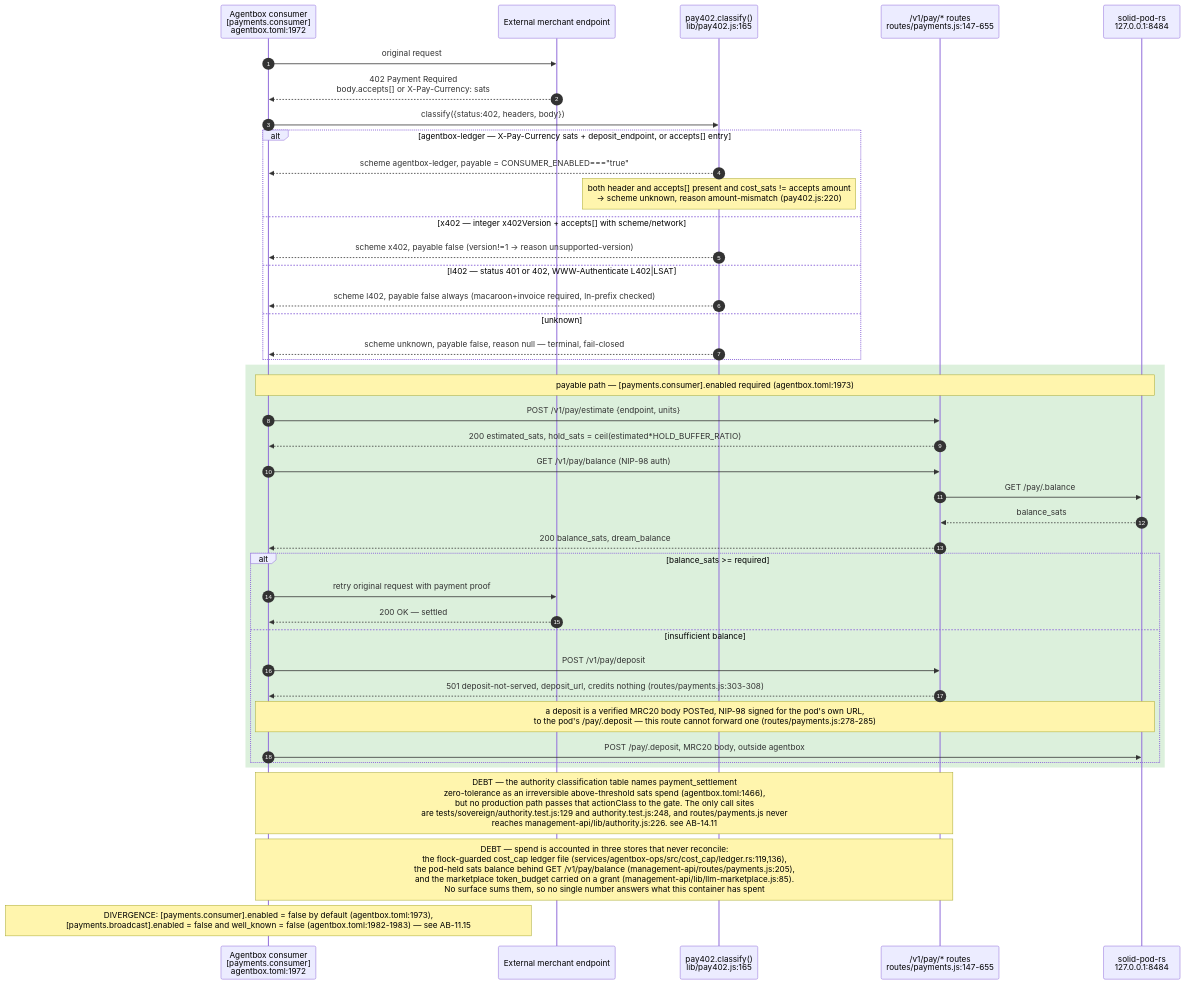
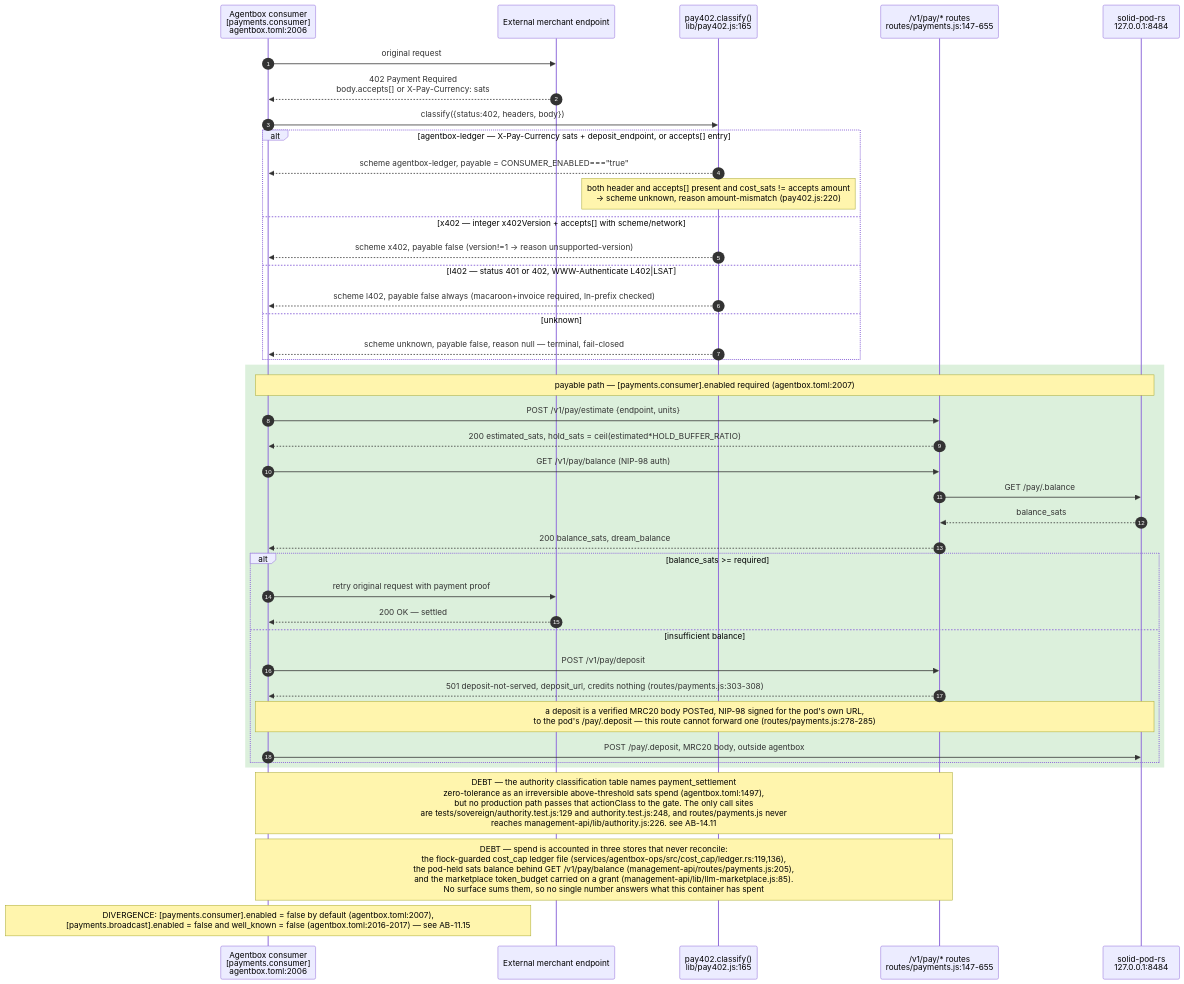
Before and after one commit to DreamLab-AI/VisionFlow: the sixth of 15 diagrams in docs/diagrams/agentbox/15-capability-gating-spend-consultants.md, drawn with Mermaid. The commit also changed other lines of this file and 7 other files, not shown here.

First line of the commit message:
diagrams(agentbox): re-verify AB-09..AB-16 at agentbox 59b1aca, re-stamp

````diff
--- a/docs/diagrams/agentbox/15-capability-gating-spend-consultants.md
+++ b/docs/diagrams/agentbox/15-capability-gating-spend-consultants.md
@@ -292,45 +292,45 @@
 ```mermaid
 sequenceDiagram
     autonumber
-    participant Agent as Agentbox consumer<br/>[payments.consumer]<br/>agentbox.toml:1972
+    participant Agent as Agentbox consumer<br/>[payments.consumer]<br/>agentbox.toml:2006
     participant Merchant as External merchant endpoint
     participant Classify as pay402.classify()<br/>lib/pay402.js:165
     participant Pay as /v1/pay/* routes<br/>routes/payments.js:147-655
     participant Pod as solid-pod-rs<br/>127.0.0.1:8484
 
     Agent->>Merchant: original request
     Merchant-->>Agent: 402 Payment Required<br/>body.accepts[] or X-Pay-Currency: sats
     Agent->>Classify: classify({status:402, headers, body})
     alt agentbox-ledger — X-Pay-Currency sats + deposit_endpoint, or accepts[] entry
         Classify-->>Agent: scheme agentbox-ledger, payable = CONSUMER_ENABLED==="true"
         Note over Classify: both header and accepts[] present and cost_sats != accepts amount<br/>-> scheme unknown, reason amount-mismatch (pay402.js:220)
     else x402 — integer x402Version + accepts[] with scheme/network
         Classify-->>Agent: scheme x402, payable false #40;version!=1 -> reason unsupported-version#41;
     else l402 — status 401 or 402, WWW-Authenticate L402#124;LSAT
         Classify-->>Agent: scheme l402, payable false always #40;macaroon+invoice required, ln-prefix checked#41;
     else unknown
         Classify-->>Agent: scheme unknown, payable false, reason null — terminal, fail-closed
     end
 
     rect rgb(220,240,220)
-    Note over Agent,Pod: payable path — [payments.consumer].enabled required (agentbox.toml:1973)
+    Note over Agent,Pod: payable path — [payments.consumer].enabled required (agentbox.toml:2007)
     Agent->>Pay: POST /v1/pay/estimate {endpoint, units}
     Pay-->>Agent: 200 estimated_sats, hold_sats = ceil(estimated*HOLD_BUFFER_RATIO)
     Agent->>Pay: GET /v1/pay/balance (NIP-98 auth)
     Pay->>Pod: GET /pay/.balance
     Pod-->>Pay: balance_sats
     Pay-->>Agent: 200 balance_sats, dream_balance
     alt balance_sats #62;#61; required
         Agent->>Merchant: retry original request with payment proof
         Merchant-->>Agent: 200 OK — settled
     else insufficient balance
         Agent->>Pay: POST /v1/pay/deposit
         Pay-->>Agent: 501 deposit-not-served, deposit_url, credits nothing (routes/payments.js:303-308)
         Note over Agent,Pod: a deposit is a verified MRC20 body POSTed, NIP-98 signed for the pod's own URL,<br/>to the pod's /pay/.deposit — this route cannot forward one (routes/payments.js:278-285)
         Agent->>Pod: POST /pay/.deposit, MRC20 body, outside agentbox
     end
     end
-    Note over Agent,Pay: DEBT — the authority classification table names payment_settlement<br/>zero-tolerance as an irreversible above-threshold sats spend (agentbox.toml:1466),<br/>but no production path passes that actionClass to the gate. The only call sites<br/>are tests/sovereign/authority.test.js:129 and authority.test.js:248, and routes/payments.js never<br/>reaches management-api/lib/authority.js:226. see AB-14.11
+    Note over Agent,Pay: DEBT — the authority classification table names payment_settlement<br/>zero-tolerance as an irreversible above-threshold sats spend (agentbox.toml:1497),<br/>but no production path passes that actionClass to the gate. The only call sites<br/>are tests/sovereign/authority.test.js:129 and authority.test.js:248, and routes/payments.js never<br/>reaches management-api/lib/authority.js:226. see AB-14.11
     Note over Agent,Pay: DEBT — spend is accounted in three stores that never reconcile:<br/>the flock-guarded cost_cap ledger file (services/agentbox-ops/src/cost_cap/ledger.rs:119,136),<br/>the pod-held sats balance behind GET /v1/pay/balance (management-api/routes/payments.js:205),<br/>and the marketplace token_budget carried on a grant (management-api/lib/llm-marketplace.js:85).<br/>No surface sums them, so no single number answers what this container has spent
-    Note over Agent: DIVERGENCE: #91;payments.consumer#93;.enabled = false by default #40;agentbox.toml:1973#41;,<br/>#91;payments.broadcast#93;.enabled = false and well_known = false #40;agentbox.toml:1982-1983#41; — see AB-11.15
+    Note over Agent: DIVERGENCE: #91;payments.consumer#93;.enabled = false by default #40;agentbox.toml:2007#41;,<br/>#91;payments.broadcast#93;.enabled = false and well_known = false #40;agentbox.toml:2016-2017#41; — see AB-11.15
 ```
````
